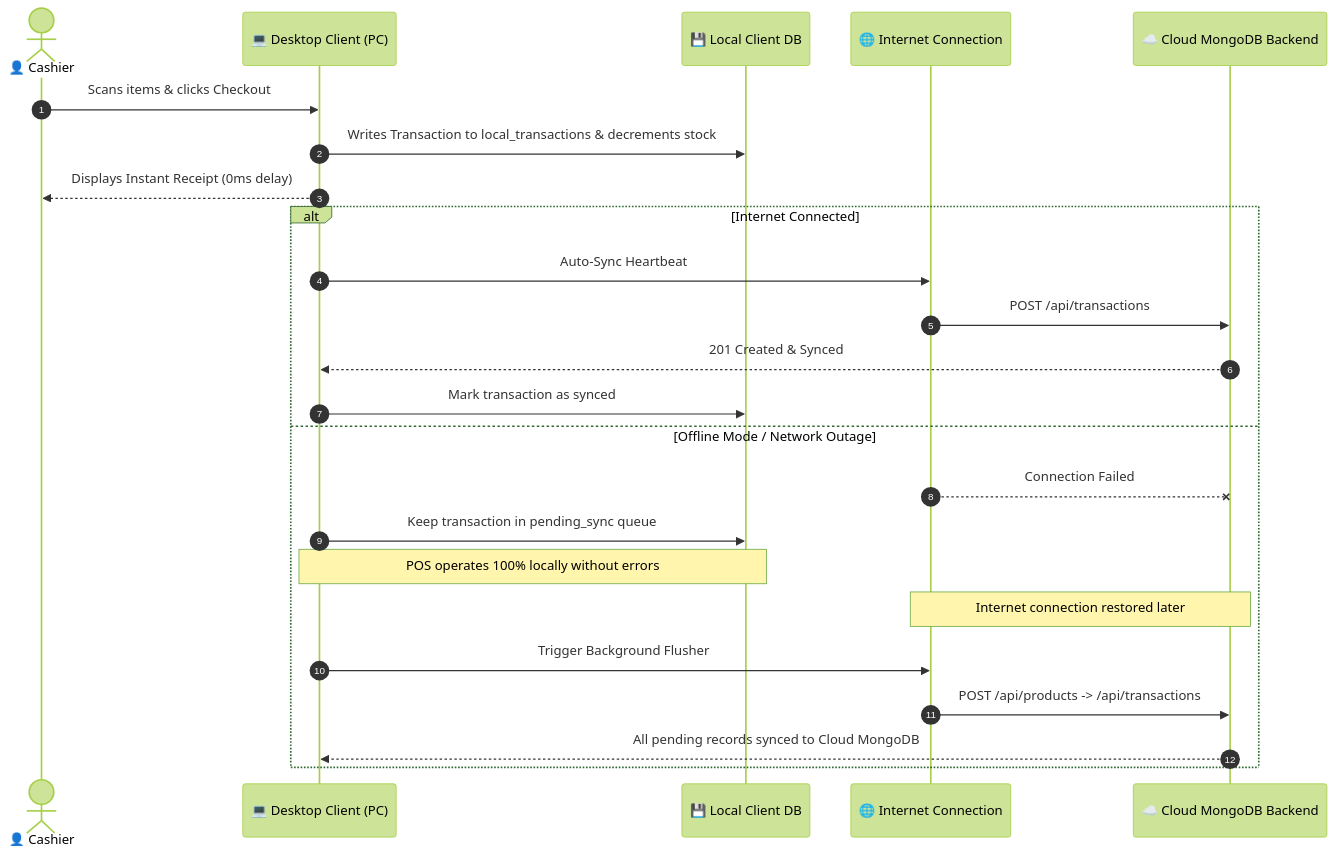
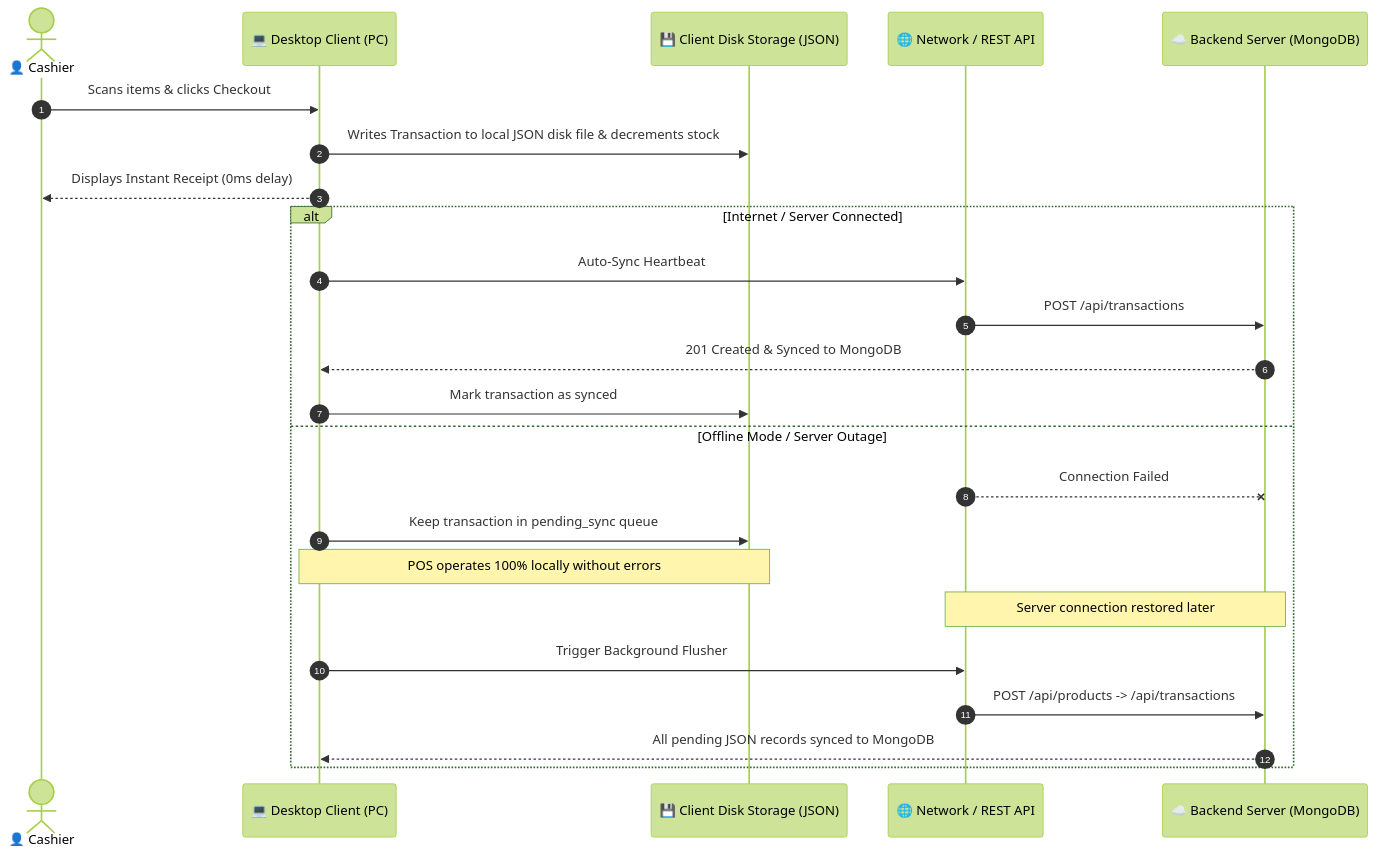
Before and after one commit to yashan223/xona-pos: the second of 2 diagrams in docs/architecture.md, drawn with Mermaid (forest theme). The commit also changed other lines of this file and 5 other files, not shown here.

````diff
--- a/docs/architecture.md
+++ b/docs/architecture.md
@@ -54,28 +54,28 @@
 ```mermaid
 sequenceDiagram
     autonumber
     actor Cashier as 👤 Cashier
     participant Desktop as 💻 Desktop Client (PC)
-    participant LocalDB as 💾 Local Client DB
-    participant Network as 🌐 Internet Connection
-    participant Cloud as ☁️ Cloud MongoDB Backend
+    participant LocalDB as 💾 Client Disk Storage (JSON)
+    participant Network as 🌐 Network / REST API
+    participant Server as ☁️ Backend Server (MongoDB)
 
     Cashier->>Desktop: Scans items & clicks Checkout
-    Desktop->>LocalDB: Writes Transaction to local_transactions & decrements stock
+    Desktop->>LocalDB: Writes Transaction to local JSON disk file & decrements stock
     Desktop-->>Cashier: Displays Instant Receipt (0ms delay)
 
-    alt Internet Connected
+    alt Internet / Server Connected
         Desktop->>Network: Auto-Sync Heartbeat
-        Network->>Cloud: POST /api/transactions
-        Cloud-->>Desktop: 201 Created & Synced
+        Network->>Server: POST /api/transactions
+        Server-->>Desktop: 201 Created & Synced to MongoDB
         Desktop->>LocalDB: Mark transaction as synced
-    else Offline Mode / Network Outage
-        Network--xCloud: Connection Failed
+    else Offline Mode / Server Outage
+        Network--xServer: Connection Failed
         Desktop->>LocalDB: Keep transaction in pending_sync queue
         Note over Desktop,LocalDB: POS operates 100% locally without errors
-        Note over Network,Cloud: Internet connection restored later
+        Note over Network,Server: Server connection restored later
         Desktop->>Network: Trigger Background Flusher
-        Network->>Cloud: POST /api/products -> /api/transactions
-        Cloud-->>Desktop: All pending records synced to Cloud MongoDB
+        Network->>Server: POST /api/products -> /api/transactions
+        Server-->>Desktop: All pending JSON records synced to MongoDB
     end
 ```
````
